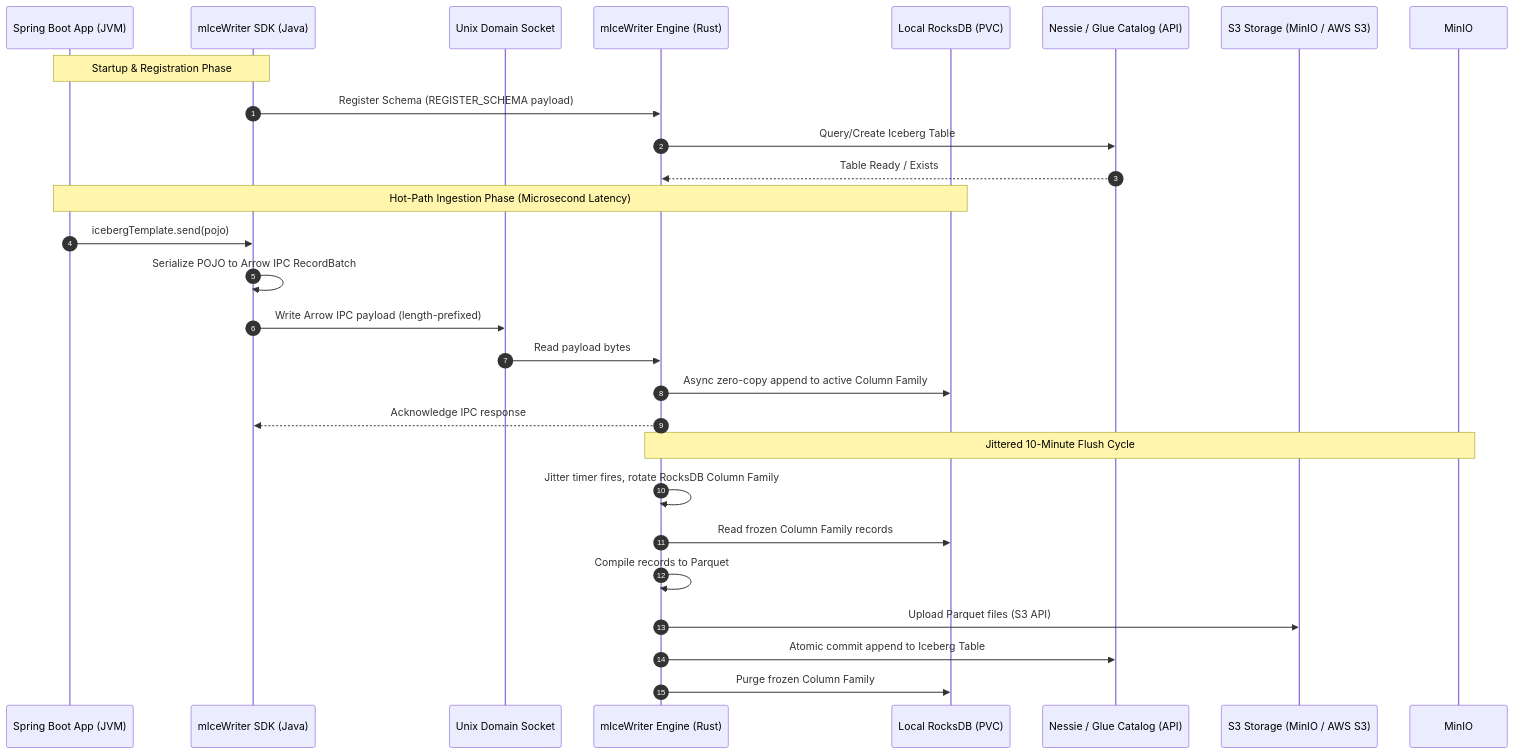
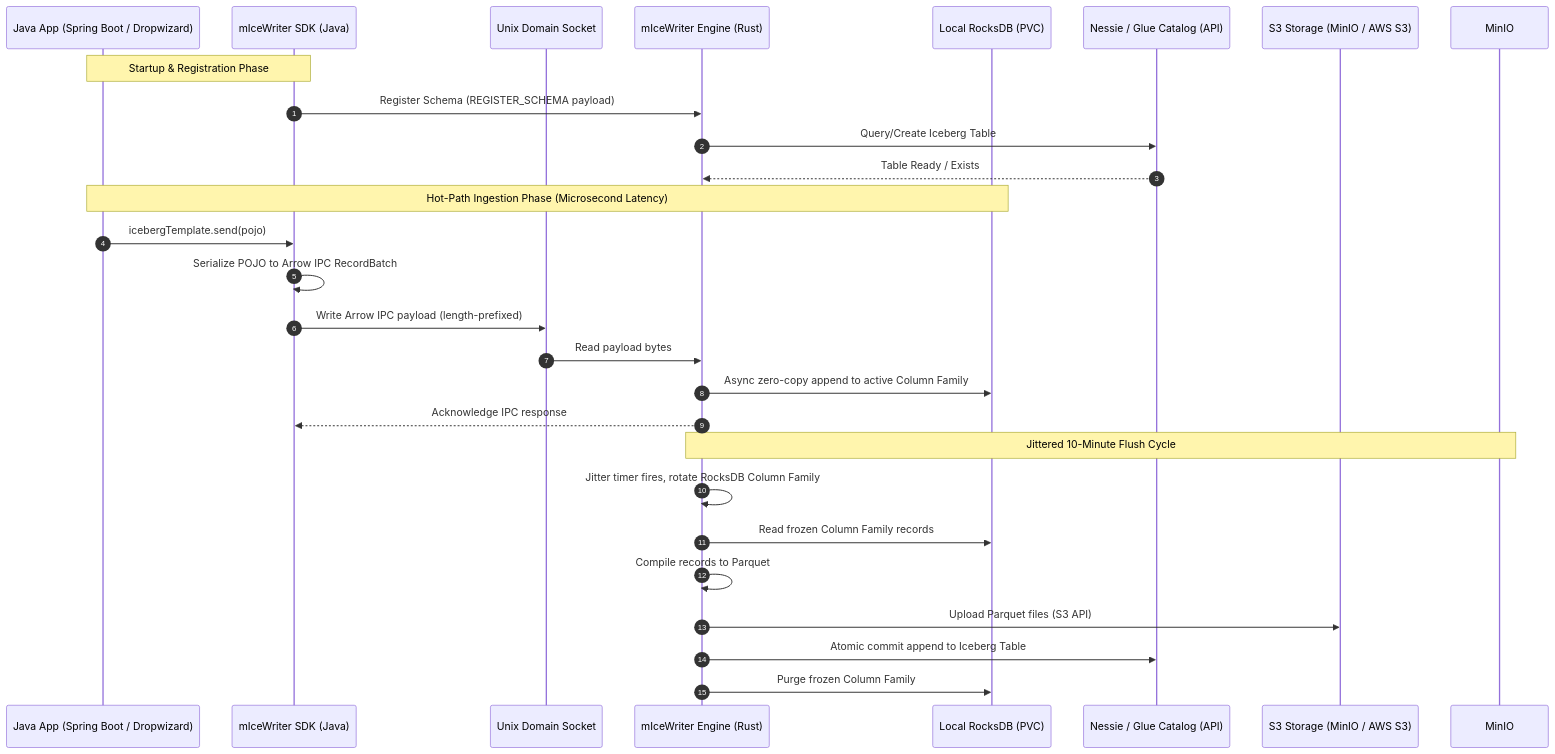
The diagram in docs/system-overview.md (markovarghese/micewriter-hub), drawn with Mermaid before and after one commit. The commit also changed other lines of this file and 7 other files, not shown here.

````diff
--- a/docs/system-overview.md
+++ b/docs/system-overview.md
@@ -13,32 +13,32 @@
 ```mermaid
 sequenceDiagram
     autonumber
-    participant App as Spring Boot App (JVM)
+    participant App as Java App (Spring Boot / Dropwizard)
     participant SDK as mIceWriter SDK (Java)
     participant UDS as Unix Domain Socket
     participant Engine as mIceWriter Engine (Rust)
     participant RocksDB as Local RocksDB (PVC)
     participant Catalog as Nessie / Glue Catalog (API)
     participant ObjectStore as S3 Storage (MinIO / AWS S3)
 
     Note over App,SDK: Startup & Registration Phase
     SDK->>Engine: Register Schema (REGISTER_SCHEMA payload)
     Engine->>Catalog: Query/Create Iceberg Table
     Catalog-->>Engine: Table Ready / Exists
 
     Note over App,RocksDB: Hot-Path Ingestion Phase (Microsecond Latency)
     App->>SDK: icebergTemplate.send(pojo)
     SDK->>SDK: Serialize POJO to Arrow IPC RecordBatch
     SDK->>UDS: Write Arrow IPC payload (length-prefixed)
     UDS->>Engine: Read payload bytes
     Engine->>RocksDB: Async zero-copy append to active Column Family
     Engine-->>SDK: Acknowledge IPC response
 
     Note over Engine,MinIO: Jittered 10-Minute Flush Cycle
     Engine->>Engine: Jitter timer fires, rotate RocksDB Column Family
     Engine->>RocksDB: Read frozen Column Family records
     Engine->>Engine: Compile records to Parquet
     Engine->>ObjectStore: Upload Parquet files (S3 API)
     Engine->>Catalog: Atomic commit append to Iceberg Table
     Engine->>RocksDB: Purge frozen Column Family
 ```
````
